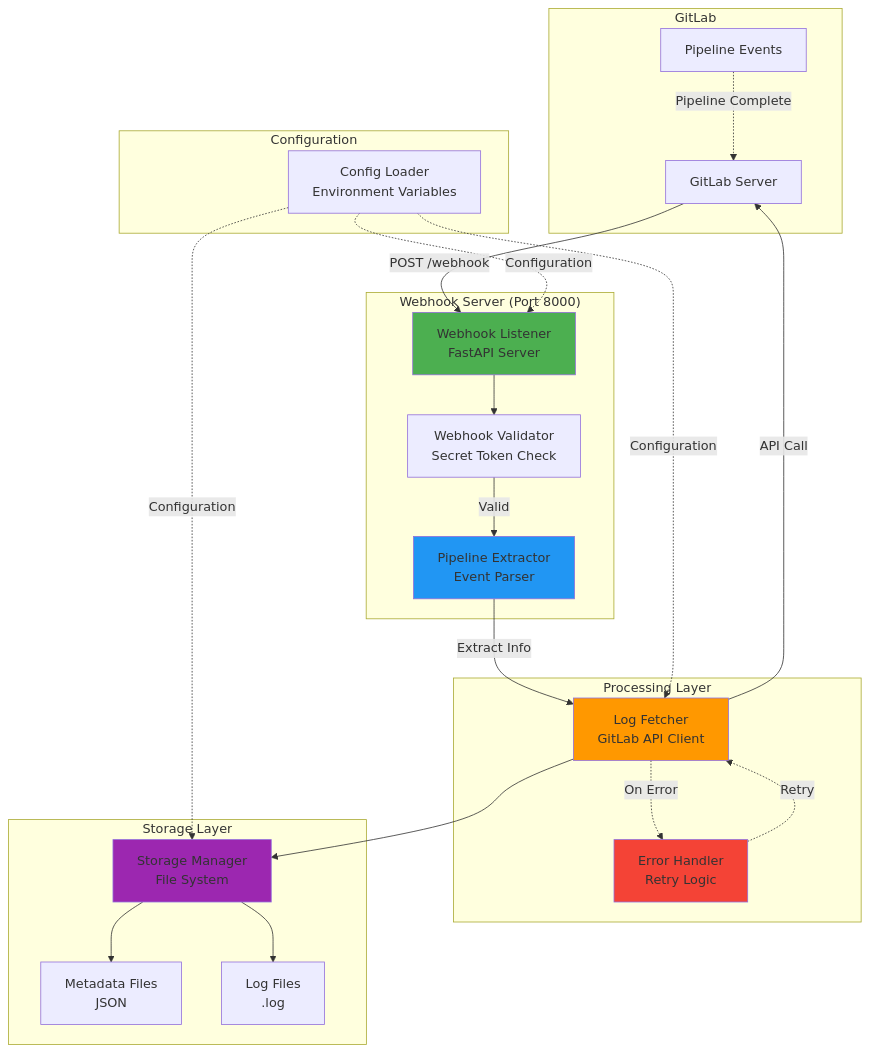
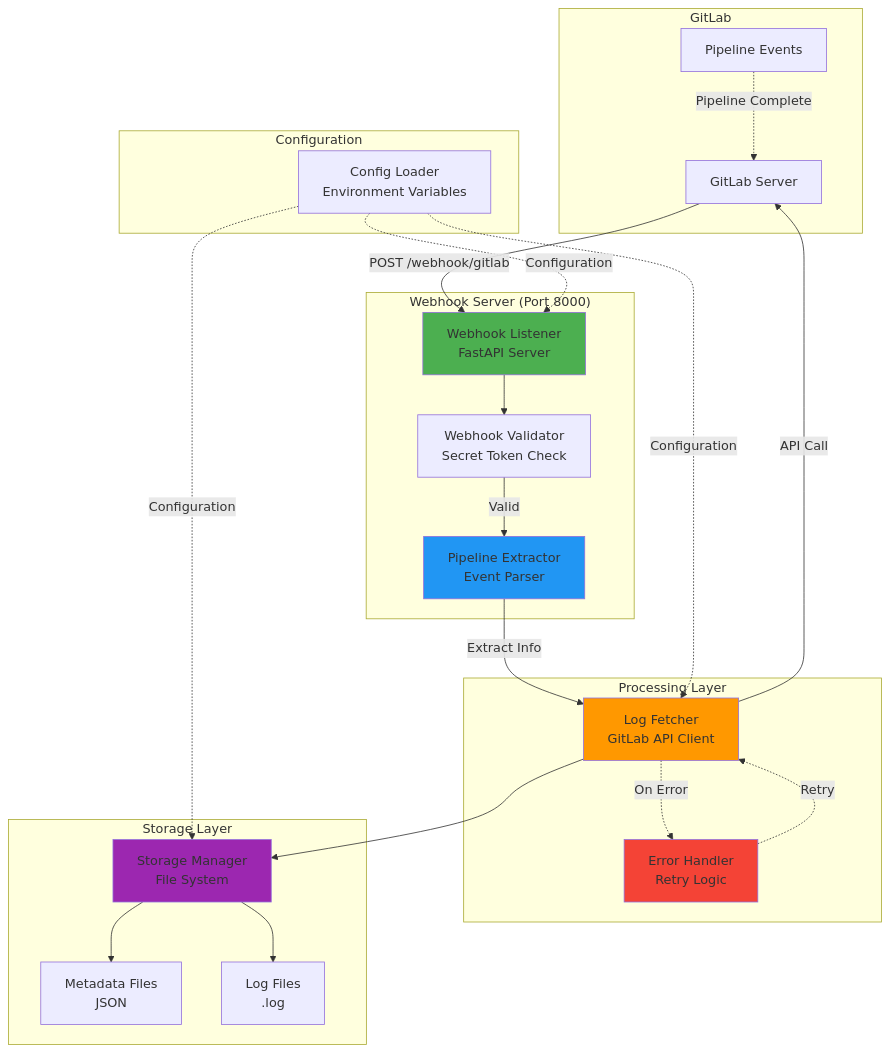
One commit to vigneshpalanivelr/extract-build-logs changed the first of 4 diagrams in README.md. Above: the diagram before and after it, drawn with Mermaid. The commit also changed other lines of this file and 7 other files, not shown here.

````diff
--- a/README.md
+++ b/README.md
@@ -89,49 +89,49 @@
 ```mermaid
 graph TB
     subgraph "GitLab"
         GL[GitLab Server]
         PIPE[Pipeline Events]
     end
 
     subgraph "Webhook Server (Port 8000)"
         WH[Webhook Listener<br/>FastAPI Server]
         VAL[Webhook Validator<br/>Secret Token Check]
         PARSE[Pipeline Extractor<br/>Event Parser]
     end
 
     subgraph "Processing Layer"
         FETCH[Log Fetcher<br/>GitLab API Client]
         RETRY[Error Handler<br/>Retry Logic]
     end
 
     subgraph "Storage Layer"
         STORE[Storage Manager<br/>File System]
         META[Metadata Files<br/>JSON]
         LOGS[Log Files<br/>.log]
     end
 
     subgraph "Configuration"
         CONFIG[Config Loader<br/>Environment Variables]
     end
 
-    GL -->|POST /webhook| WH
+    GL -->|POST /webhook/gitlab| WH
     PIPE -.->|Pipeline Complete| GL
     WH --> VAL
     VAL -->|Valid| PARSE
     PARSE -->|Extract Info| FETCH
     FETCH -->|API Call| GL
     FETCH -.->|On Error| RETRY
     RETRY -.->|Retry| FETCH
     FETCH --> STORE
     STORE --> META
     STORE --> LOGS
     CONFIG -.->|Configuration| WH
     CONFIG -.->|Configuration| FETCH
     CONFIG -.->|Configuration| STORE
 
     style WH fill:#4CAF50
     style PARSE fill:#2196F3
     style FETCH fill:#FF9800
     style STORE fill:#9C27B0
     style RETRY fill:#F44336
 ```
````
